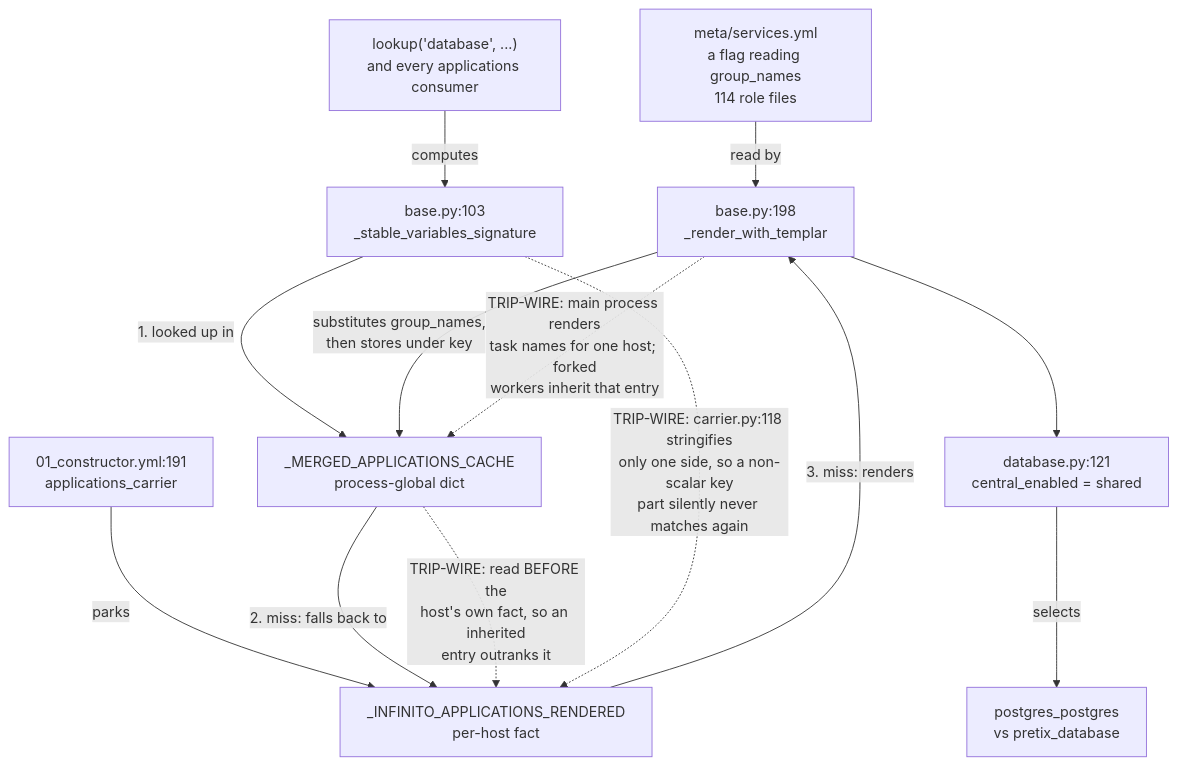
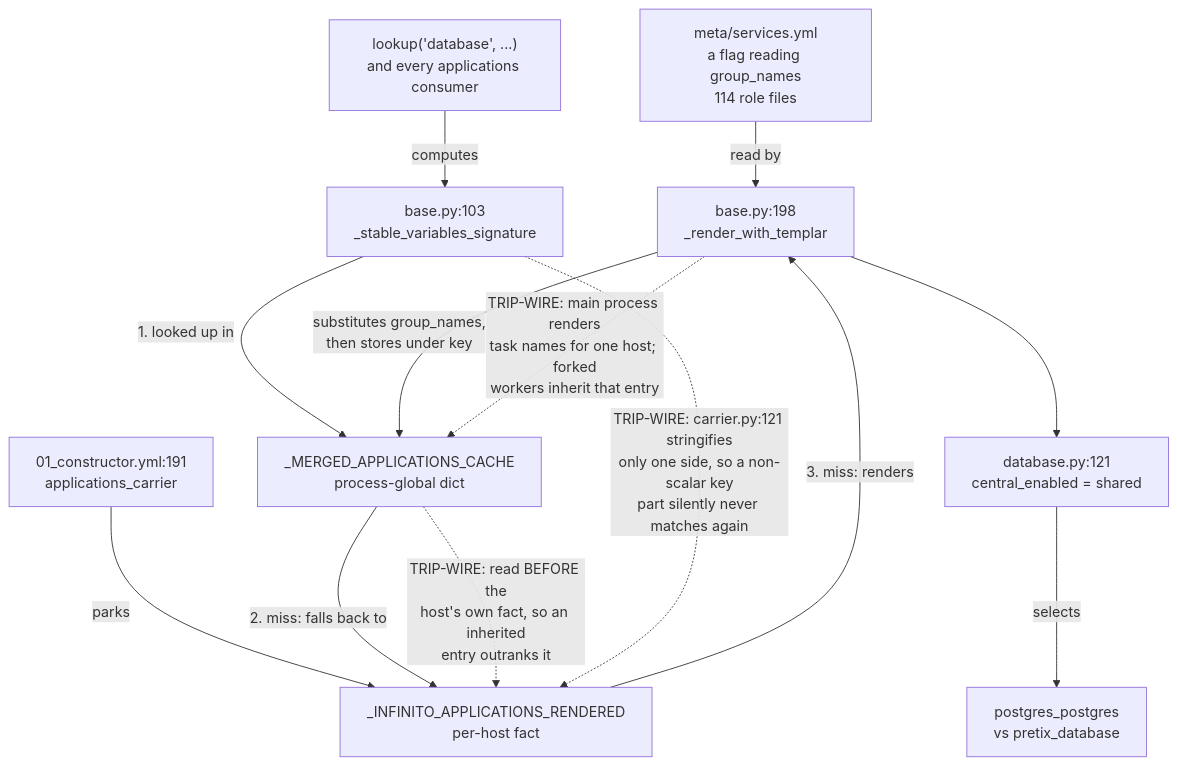
Before and after one commit to infinito-nexus/core: the diagram in utils/cache/README.md, drawn with Mermaid. The commit also changed other lines of this file and 9 other files, not shown here.

````diff
--- a/utils/cache/README.md
+++ b/utils/cache/README.md
@@ -63,26 +63,26 @@
 ```mermaid
 flowchart TD
     decl["meta/services.yml<br/>a flag reading group_names<br/>114 role files"]
     ctor["01_constructor.yml:191<br/>applications_carrier"]
     fact["_INFINITO_APPLICATIONS_RENDERED<br/>per-host fact"]
     lookup["lookup('database', ...)<br/>and every applications consumer"]
     key["base.py:103<br/>_stable_variables_signature"]
     proc["_MERGED_APPLICATIONS_CACHE<br/>process-global dict"]
     render["base.py:198<br/>_render_with_templar"]
     consumer["database.py:121<br/>central_enabled = shared"]
     name["postgres_postgres<br/>vs pretix_database"]
 
     decl -->|"read by"| render
     ctor -->|"parks"| fact
     lookup -->|"computes"| key
     key -->|"1. looked up in"| proc
     proc -->|"2. miss: falls back to"| fact
     fact -->|"3. miss: renders"| render
     render -->|"substitutes group_names,<br/>then stores under key"| proc
     render --> consumer
     consumer -->|"selects"| name
 
     proc -.->|"TRIP-WIRE: read BEFORE the<br/>host's own fact, so an inherited<br/>entry outranks it"| fact
     render -.->|"TRIP-WIRE: main process renders<br/>task names for one host; forked<br/>workers inherit that entry"| proc
-    key -.->|"TRIP-WIRE: carrier.py:118 stringifies<br/>only one side, so a non-scalar key<br/>part silently never matches again"| fact
+    key -.->|"TRIP-WIRE: carrier.py:121 stringifies<br/>only one side, so a non-scalar key<br/>part silently never matches again"| fact
 ```
````
